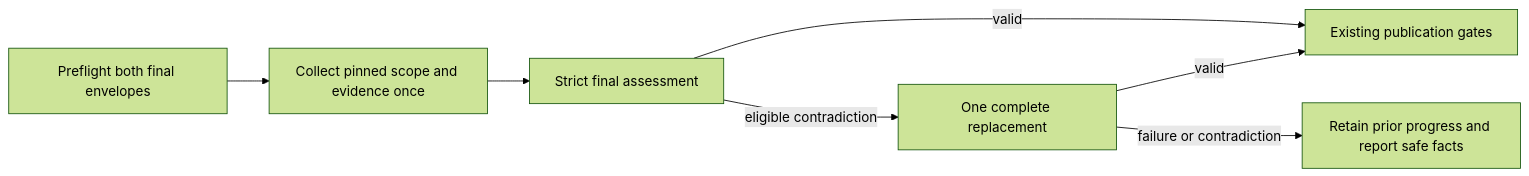
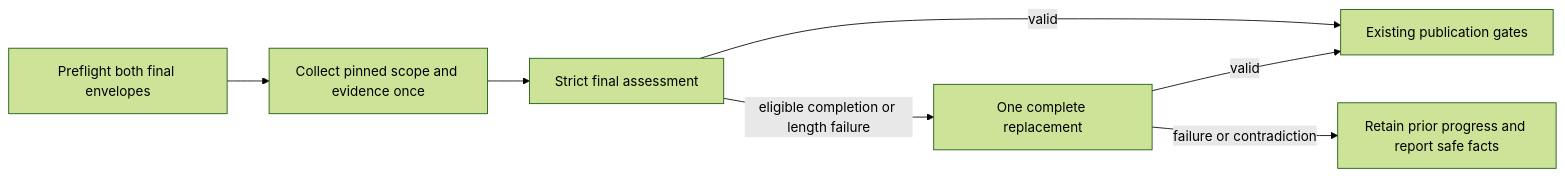
The first of 2 diagrams in specs/final-progress-completion-recovery.md (vypdev/copilot), drawn with Mermaid (forest theme) before and after one commit. The commit also changed other lines of this file and 29 other files, not shown here.

Commit message:
bugfix-932-acceptance-assessment-aborts-on-schema-length-failure-before-bounded-recovery: recover bounded acceptance length failures (#932)

````diff
--- a/specs/final-progress-completion-recovery.md
+++ b/specs/final-progress-completion-recovery.md
@@ -105,9 +113,9 @@
 ```mermaid
 flowchart LR
     A[Preflight both final envelopes] --> B[Collect pinned scope and evidence once]
     B --> C[Strict final assessment]
     C -->|valid| D[Existing publication gates]
-    C -->|eligible contradiction| E[One complete replacement]
+    C -->|eligible completion or length failure| E[One complete replacement]
     E -->|valid| D
     E -->|failure or contradiction| F[Retain prior progress and report safe facts]
 ```
````
